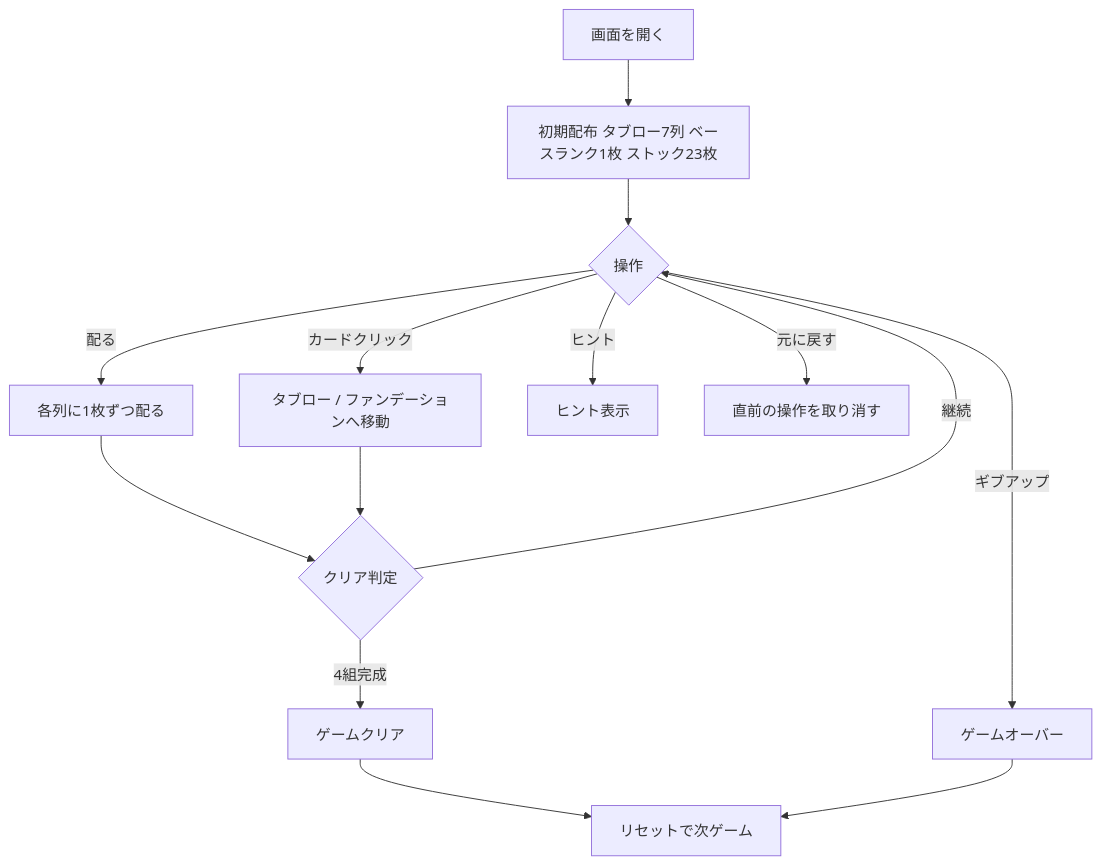
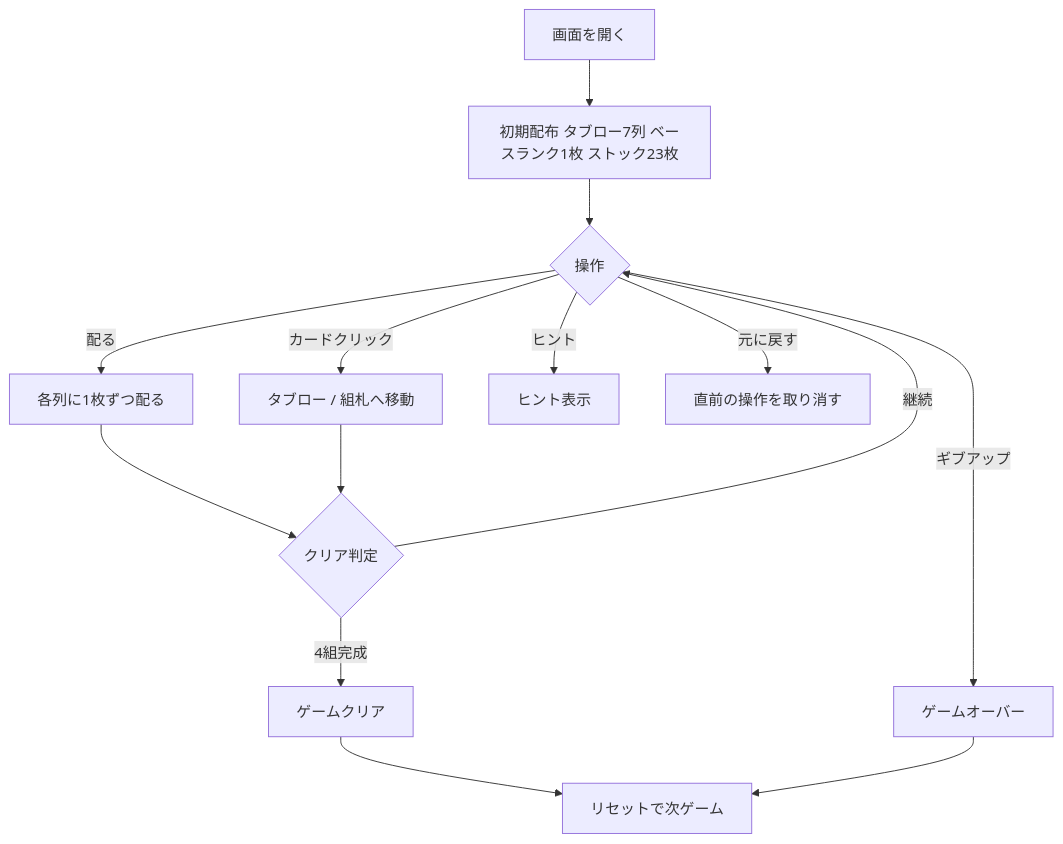
The diagram in docs/manual/web/agnes.md (yuta-yoshinaga/go_trumpcards), drawn with Mermaid before and after one commit. The commit also changed other lines of this file and 65 other files, not shown here.

````diff
--- a/docs/manual/web/agnes.md
+++ b/docs/manual/web/agnes.md
@@ -38,16 +38,16 @@
 ```mermaid
 flowchart TD
     A[画面を開く] --> B[初期配布 タブロー7列 ベースランク1枚 ストック23枚]
     B --> C{操作}
     C -->|配る| D[各列に1枚ずつ配る]
-    C -->|カードクリック| E[タブロー / ファンデーションへ移動]
+    C -->|カードクリック| E[タブロー / 組札へ移動]
     C -->|ヒント| F[ヒント表示]
     C -->|元に戻す| H[直前の操作を取り消す]
     D --> I{クリア判定}
     E --> I
     I -->|4組完成| J[ゲームクリア]
     I -->|継続| C
     C -->|ギブアップ| K[ゲームオーバー]
     J --> L[リセットで次ゲーム]
     K --> L
 ```
````
